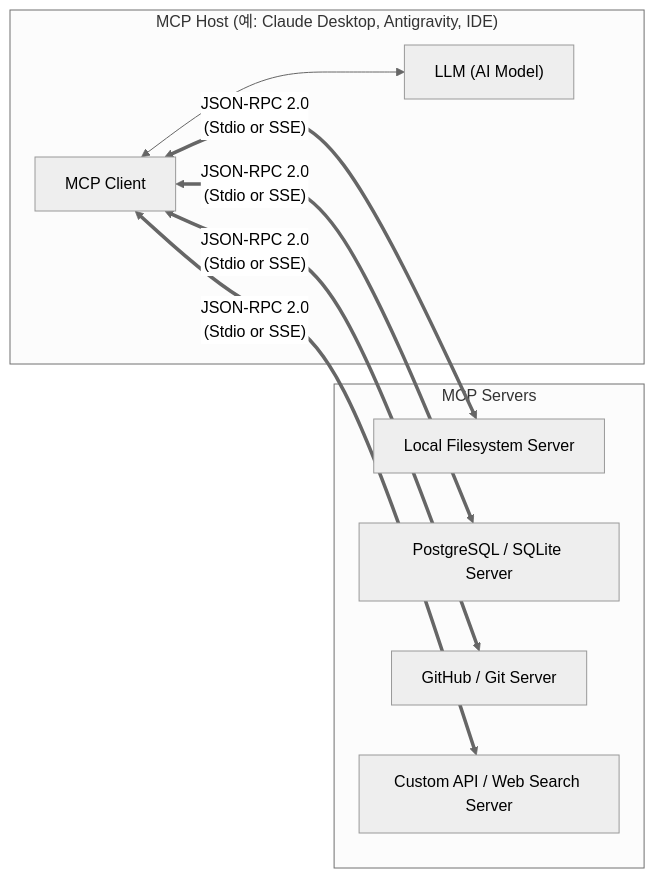
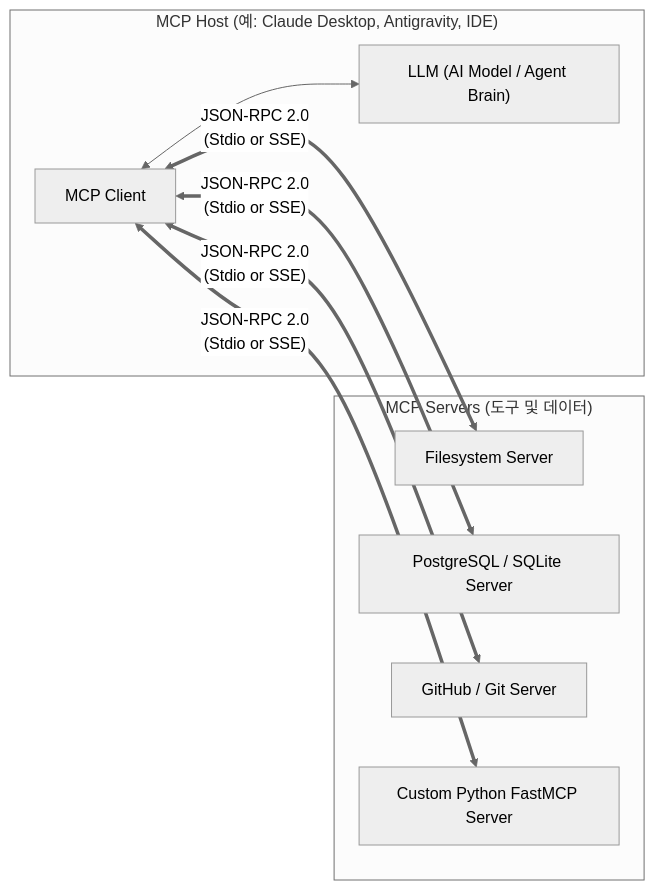
The diagram in README.md (Y1sik/MCP-Study), drawn with Mermaid (neutral theme) before and after one commit. The commit also changed other lines of this file and 8 other files, not shown here.

Commit message:
refactor: organize project into docs/ and examples/ folders, and add 04_agent_vs_mcp.md

````diff
--- a/README.md
+++ b/README.md
@@ -23,20 +45,20 @@
 ```mermaid
 flowchart LR
     subgraph Host["MCP Host (예: Claude Desktop, Antigravity, IDE)"]
         Client["MCP Client"]
-        LLM["LLM (AI Model)"]
+        LLM["LLM (AI Model / Agent Brain)"]
         Client <--> LLM
     end
 
-    subgraph Servers["MCP Servers"]
-        S1["Local Filesystem Server"]
+    subgraph Servers["MCP Servers (도구 및 데이터)"]
+        S1["Filesystem Server"]
         S2["PostgreSQL / SQLite Server"]
         S3["GitHub / Git Server"]
-        S4["Custom API / Web Search Server"]
+        S4["Custom Python FastMCP Server"]
     end
 
     Client <== "JSON-RPC 2.0\n(Stdio or SSE)" ==> S1
     Client <== "JSON-RPC 2.0\n(Stdio or SSE)" ==> S2
     Client <== "JSON-RPC 2.0\n(Stdio or SSE)" ==> S3
     Client <== "JSON-RPC 2.0\n(Stdio or SSE)" ==> S4
 ```
````
